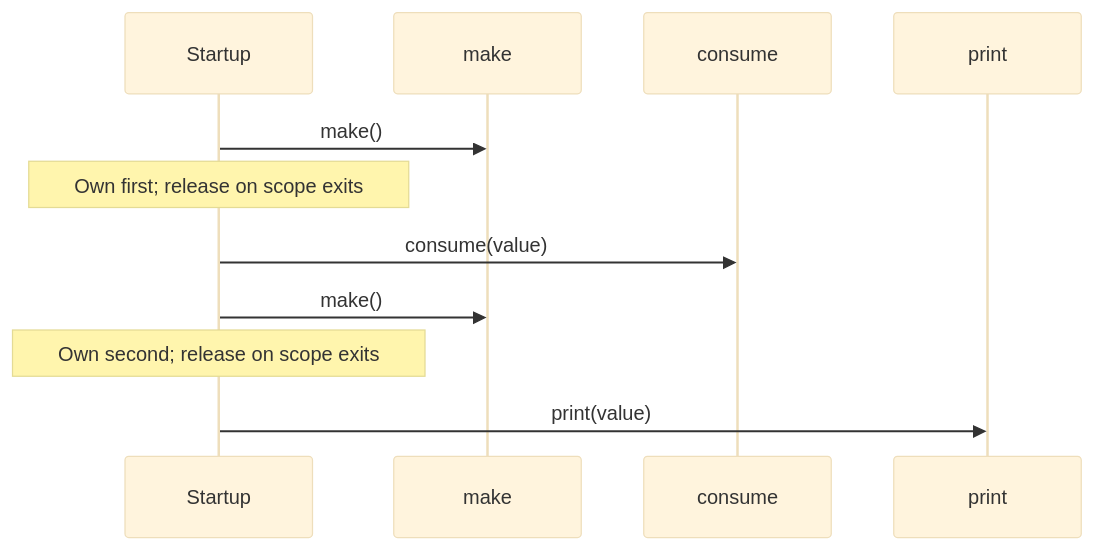
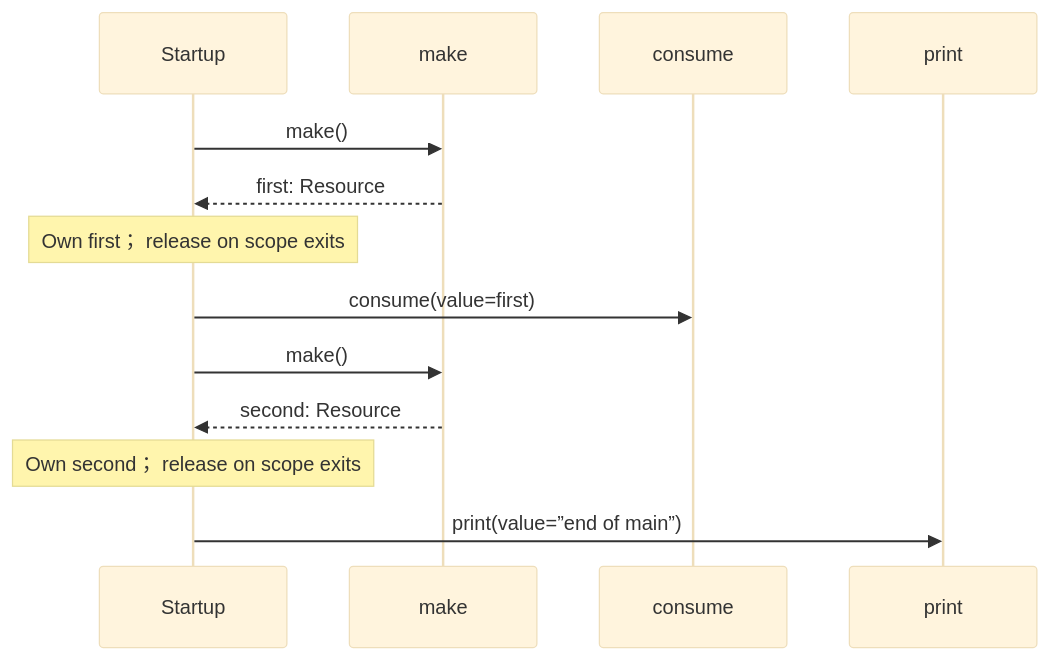
Before and after one commit to GreenPandaStudios/augscript: the second of 2 diagrams in docs/examples/ownership-transfer/main-diagrams.md, drawn with Mermaid (base theme). The commit also changed other lines of this file and 524 other files, not shown here.

Commit message:
Explain checked data flow at folder and service levels

````diff
--- a/docs/examples/ownership-transfer/main-diagrams.md
+++ b/docs/examples/ownership-transfer/main-diagrams.md
@@ -42,13 +41,15 @@
 ```mermaid
 sequenceDiagram
     participant p0 as Startup
     participant p1 as make
     participant p2 as consume
     participant p3 as print
     p0->>p1: make()
-    Note over p0: Own first#59; release on scope exits
-    p0->>p2: consume(value)
+    p1-->>p0: first: Resource
+    Note over p0: Own first； release on scope exits
+    p0->>p2: consume(value=first)
     p0->>p1: make()
-    Note over p0: Own second#59; release on scope exits
-    p0->>p3: print(value)
+    p1-->>p0: second: Resource
+    Note over p0: Own second； release on scope exits
+    p0->>p3: print(value=”end of main”)
 ```
````
